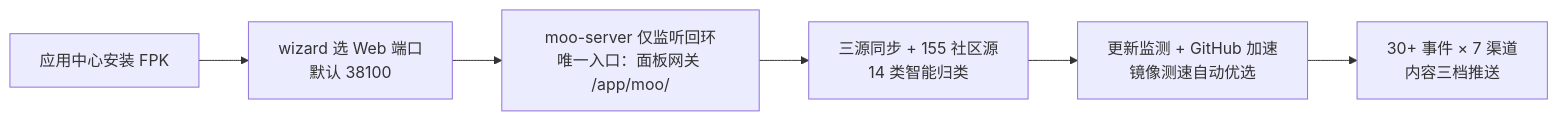
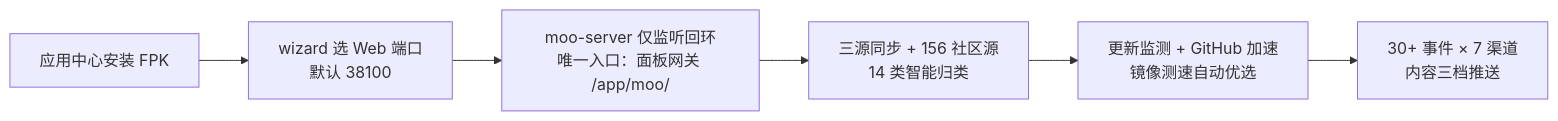
Before and after one commit to Blue-Mink/moo: the diagram in README.md, drawn with Mermaid. The commit also changed other lines of this file and 2 other files, not shown here.

````diff
--- a/README.md
+++ b/README.md
@@ -86,8 +86,8 @@
 ```mermaid
 flowchart LR
     A["应用中心安装 FPK"] --> B["wizard 选 Web 端口<br/>默认 38100"]
     B --> C["moo-server 仅监听回环<br/>唯一入口：面板网关 /app/moo/"]
-    C --> D["三源同步 + 155 社区源<br/>14 类智能归类"]
+    C --> D["三源同步 + 156 社区源<br/>14 类智能归类"]
     D --> E["更新监测 + GitHub 加速<br/>镜像测速自动优选"]
     E --> F["30+ 事件 × 7 渠道<br/>内容三档推送"]
 ```
````
